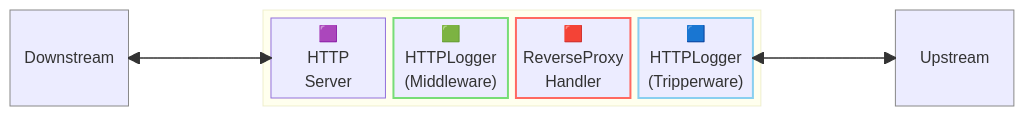
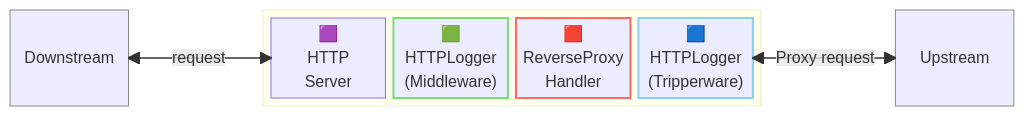
One commit to aileron-gateway/aileron-gateway changed the first of 2 diagrams in examples/access-logging/README.md. Above: the diagram before and after it, drawn with Mermaid. The commit also changed other lines of this file and 244 other files, not shown here.

````diff
--- a/examples/access-logging/README.md
+++ b/examples/access-logging/README.md
@@ -7,25 +11,25 @@
 ```mermaid
 block-beta
   columns 8
   Downstream:1
   space:1
   block:aileron:4
     HTTPServer["🟪</br>HTTP</br>Server"]
     HTTPLoggerM["🟩</br>HTTPLogger</br>(Middleware)"]
     ReverseProxyHandler["🟥</br>ReverseProxy</br>Handler"]
     HTTPLoggerT["🟦</br>HTTPLogger</br>(Tripperware)"]
   end
   space:1
   Upstream:1
 
-Downstream --> HTTPServer
 HTTPServer --> Downstream
+Downstream --"request"--> HTTPServer
 Upstream --> HTTPLoggerT
-HTTPLoggerT --> Upstream
+HTTPLoggerT --"Proxy request"--> Upstream
 
 style Downstream stroke:#888
 style Upstream stroke:#888
 style ReverseProxyHandler stroke:#ff6961,stroke-width:2px
 style HTTPLoggerM stroke:#77dd77,stroke-width:2px
 style HTTPLoggerT stroke:#89CFF0,stroke-width:2px
 ```
````
